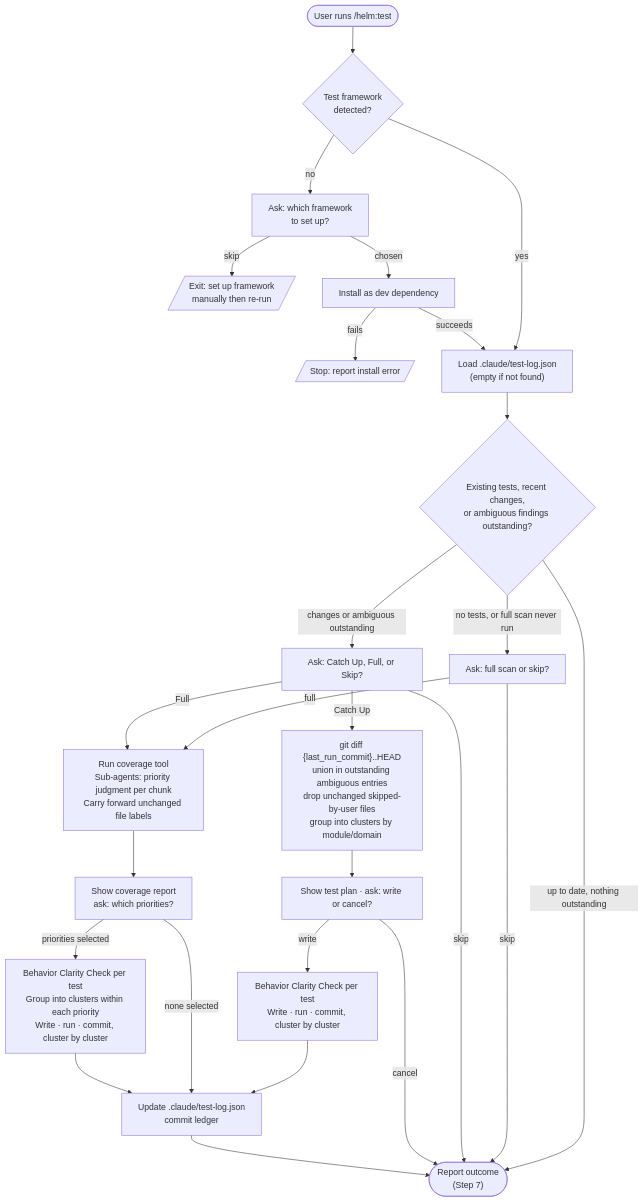
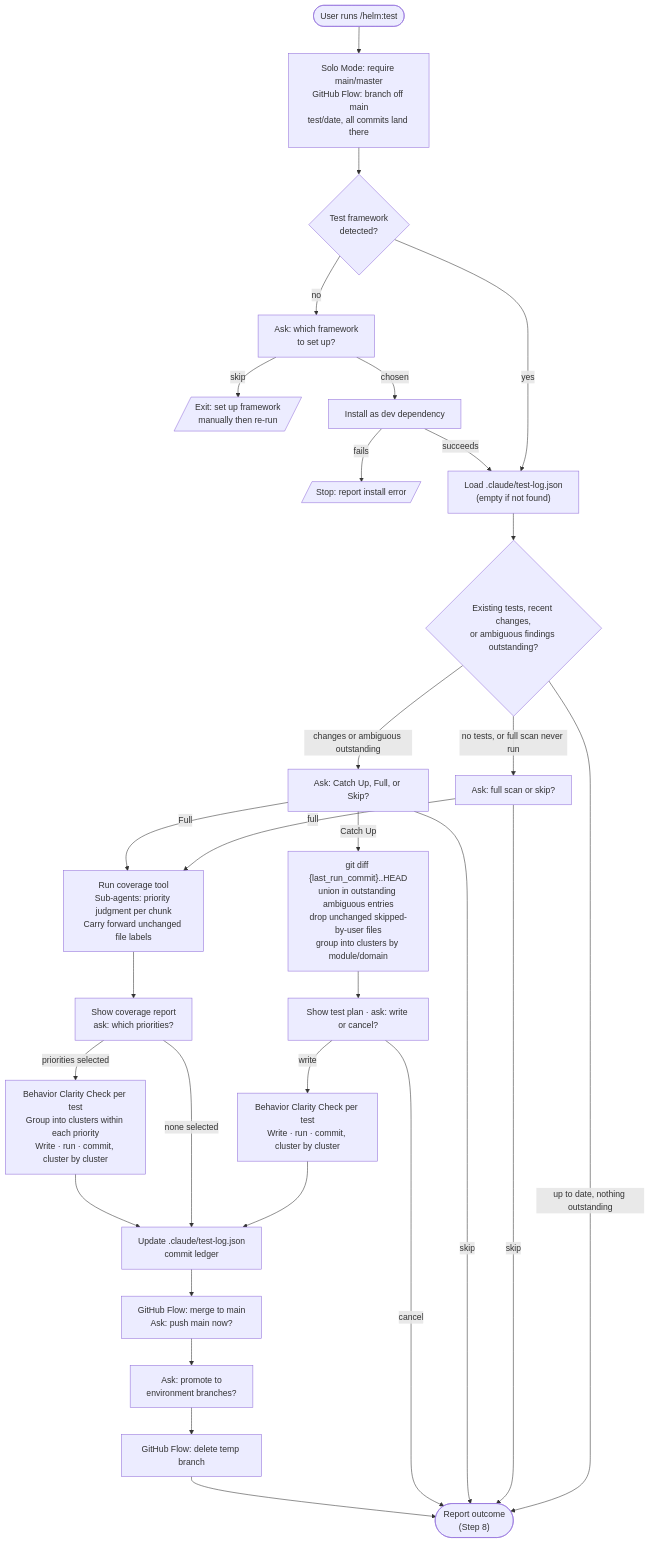
One commit to myowinthein/agent-helm changed the diagram in docs/commands/test.md. Above: the diagram before and after it, drawn with Mermaid. The commit also changed other lines of this file, not shown here.

First line of the commit message:
docs(test): sync with the new branch check, push confirmation, and skipped-by-user removal

````diff
--- a/docs/commands/test.md
+++ b/docs/commands/test.md
@@ -13,35 +13,39 @@
 ```mermaid
 flowchart TD
-  Start([User runs /helm:test]) --> Framework{Test framework<br/>detected?}
+  Start([User runs /helm:test]) --> Branch[Solo Mode: require main/master<br/>GitHub Flow: branch off main<br/>test/date, all commits land there]
+  Branch --> Framework{Test framework<br/>detected?}
   Framework -->|no| AskFW[Ask: which framework<br/>to set up?]
   AskFW -->|skip| FWStop[/Exit: set up framework<br/>manually then re-run/]
   AskFW -->|chosen| FWSetup[Install as dev dependency]
   FWSetup -->|fails| FWFail[/Stop: report install error/]
   Framework -->|yes| Ledger
   FWSetup -->|succeeds| Ledger
 
   Ledger["Load .claude/test-log.json<br/>(empty if not found)"] --> Assess
 
   Assess{Existing tests, recent changes,<br/>or ambiguous findings outstanding?}
   Assess -->|no tests, or full scan never run| FullOrSkip["Ask: full scan or skip?"]
-  Assess -->|up to date, nothing outstanding| Report(["Report outcome<br/>(Step 7)"])
+  Assess -->|up to date, nothing outstanding| Report(["Report outcome<br/>(Step 8)"])
   Assess -->|changes or ambiguous outstanding| Choice["Ask: Catch Up, Full, or Skip?"]
 
   FullOrSkip -->|skip| Report
   FullOrSkip -->|full| FullScan
   Choice -->|skip| Report
   Choice -->|Catch Up| CatchUp
   Choice -->|Full| FullScan
 
   CatchUp["git diff {last_run_commit}..HEAD<br/>union in outstanding ambiguous entries<br/>drop unchanged skipped-by-user files<br/>group into clusters by module/domain"] --> CatchPlan["Show test plan · ask: write or cancel?"]
   CatchPlan -->|cancel| Report
   CatchPlan -->|write| CWrite["Behavior Clarity Check per test<br/>Write · run · commit, cluster by cluster"]
   CWrite --> UpdateLedger
 
   FullScan["Run coverage tool<br/>Sub-agents: priority judgment per chunk<br/>Carry forward unchanged file labels"] --> FullPlan["Show coverage report<br/>ask: which priorities?"]
   FullPlan -->|none selected| UpdateLedger
   FullPlan -->|priorities selected| FWrite["Behavior Clarity Check per test<br/>Group into clusters within each priority<br/>Write · run · commit, cluster by cluster"]
   FWrite --> UpdateLedger
 
-  UpdateLedger["Update .claude/test-log.json<br/>commit ledger"] --> Report
+  UpdateLedger["Update .claude/test-log.json<br/>commit ledger"] --> Merge[GitHub Flow: merge to main<br/>Ask: push main now?]
+  Merge --> Promote[Ask: promote to<br/>environment branches?]
+  Promote --> Cleanup[GitHub Flow: delete temp branch]
+  Cleanup --> Report
 ```
````
